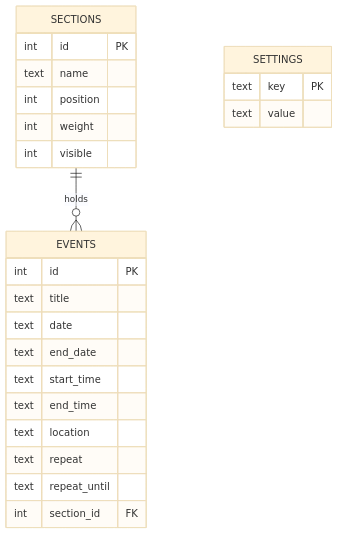
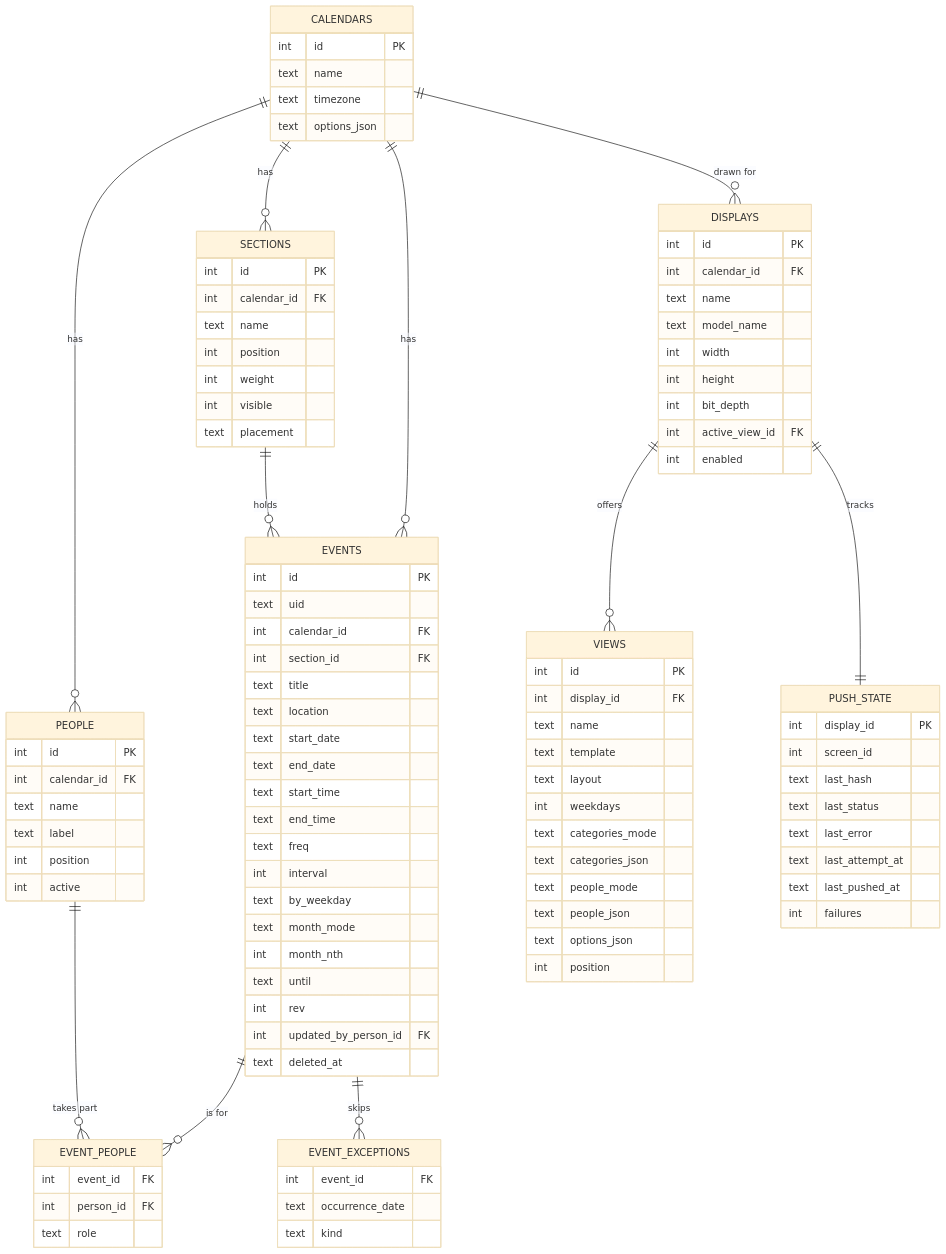
One commit to sirvishal-homelab/homelab changed the diagram in trmnl-calendar/docs/03-data-model.md. Above: the diagram before and after it, drawn with Mermaid (base theme). The commit also changed other lines of this file and 49 other files, not shown here.

````diff
--- a/trmnl-calendar/docs/03-data-model.md
+++ b/trmnl-calendar/docs/03-data-model.md
@@ -6,27 +10,102 @@
 ```mermaid
 erDiagram
-  SECTIONS ||--o{ EVENTS : "holds"
+  CALENDARS ||--o{ SECTIONS : has
+  CALENDARS ||--o{ PEOPLE : has
+  CALENDARS ||--o{ EVENTS : has
+  CALENDARS ||--o{ DISPLAYS : "drawn for"
+  SECTIONS ||--o{ EVENTS : holds
+  EVENTS ||--o{ EVENT_PEOPLE : "is for"
+  PEOPLE ||--o{ EVENT_PEOPLE : "takes part"
+  EVENTS ||--o{ EVENT_EXCEPTIONS : "skips"
+  DISPLAYS ||--o{ VIEWS : "offers"
+  DISPLAYS ||--|| PUSH_STATE : tracks
+  CALENDARS {
+    int id PK
+    text name
+    text timezone
+    text options_json
+  }
   SECTIONS {
     int id PK
+    int calendar_id FK
     text name
     int position
     int weight
     int visible
+    text placement
+  }
+  PEOPLE {
+    int id PK
+    int calendar_id FK
+    text name
+    text label
+    int position
+    int active
   }
   EVENTS {
     int id PK
+    text uid
+    int calendar_id FK
+    int section_id FK
     text title
-    text date
+    text location
+    text start_date
     text end_date
     text start_time
     text end_time
-    text location
-    text repeat
-    text repeat_until
-    int section_id FK
+    text freq
+    int interval
+    text by_weekday
+    text month_mode
+    int month_nth
+    text until
+    int rev
+    int updated_by_person_id FK
+    text deleted_at
   }
-  SETTINGS {
-    text key PK
-    text value
+  EVENT_PEOPLE {
+    int event_id FK
+    int person_id FK
+    text role
+  }
+  EVENT_EXCEPTIONS {
+    int event_id FK
+    text occurrence_date
+    text kind
+  }
+  DISPLAYS {
+    int id PK
+    int calendar_id FK
+    text name
+    text model_name
+    int width
+    int height
+    int bit_depth
+    int active_view_id FK
+    int enabled
+  }
+  VIEWS {
+    int id PK
+    int display_id FK
+    text name
+    text template
+    text layout
+    int weekdays
+    text categories_mode
+    text categories_json
+    text people_mode
+    text people_json
+    text options_json
+    int position
+  }
+  PUSH_STATE {
+    int display_id PK
+    int screen_id
+    text last_hash
+    text last_status
+    text last_error
+    text last_attempt_at
+    text last_pushed_at
+    int failures
   }
 ```
````
